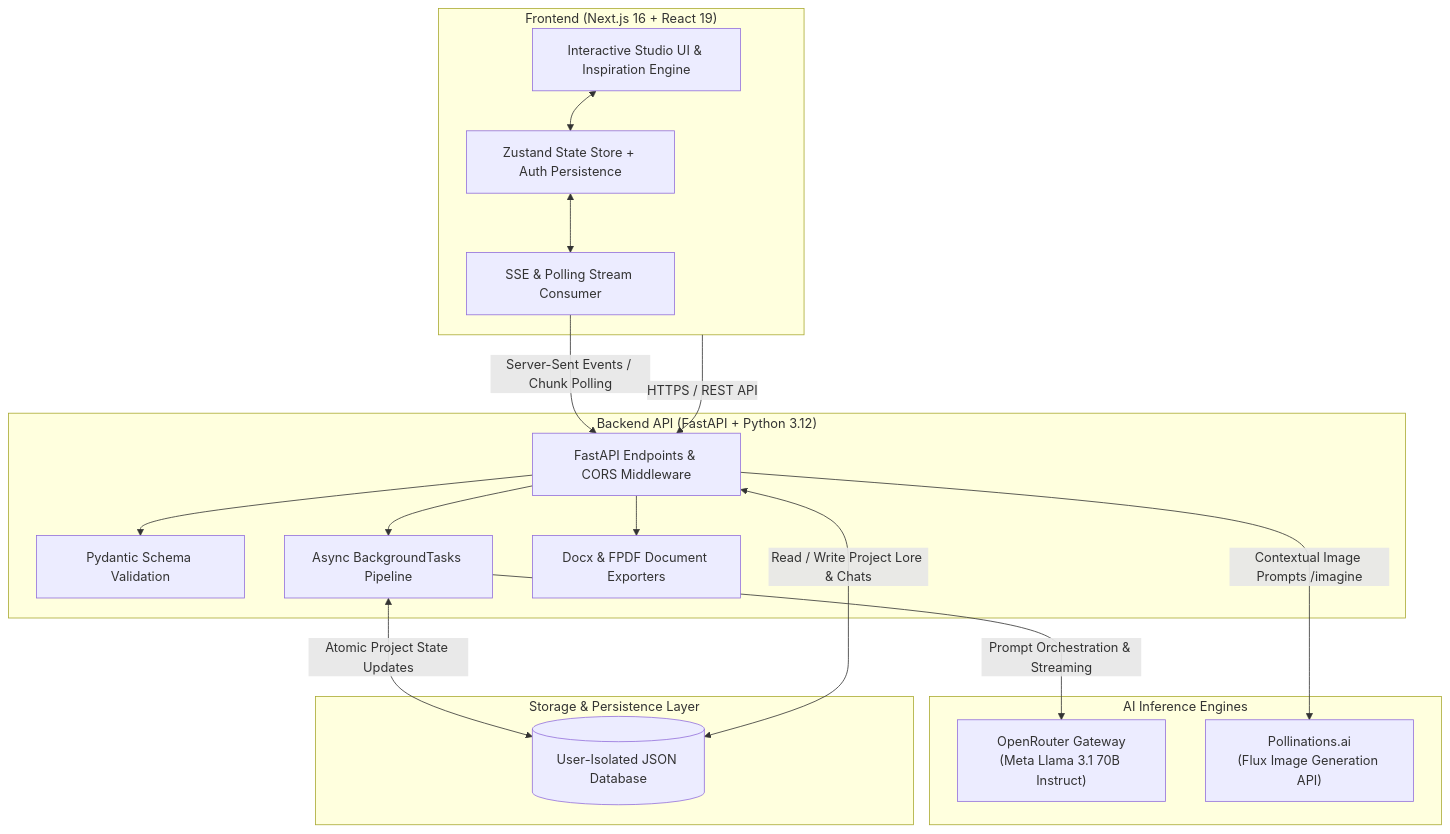
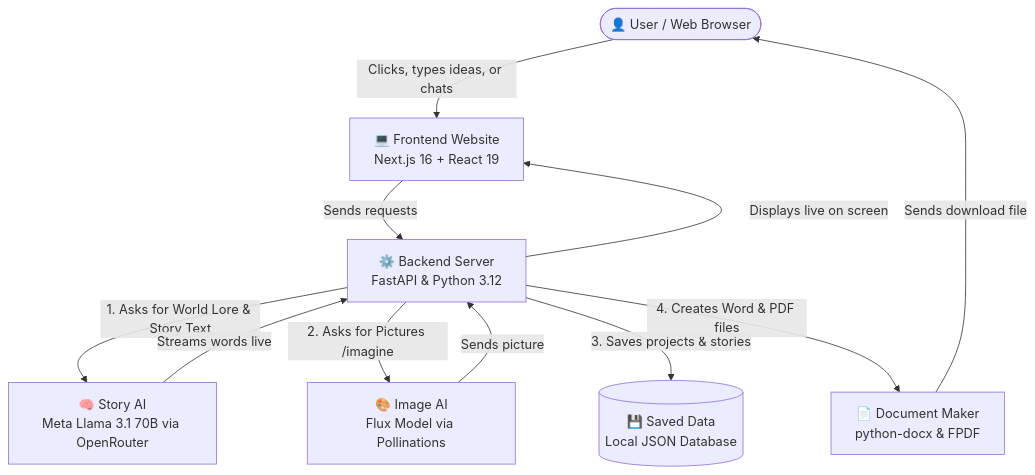
The diagram in README.md (sanjaykrishnabaishya/AI-World-Builder), drawn with Mermaid before and after one commit. The commit also changed other lines of this file, not shown here.

````diff
--- a/README.md
+++ b/README.md
@@ -56,36 +59,16 @@
 ```mermaid
-flowchart TB
-    subgraph Client["Frontend (Next.js 16 + React 19)"]
-        UI[Interactive Studio UI & Inspiration Engine]
-        Store[Zustand State Store + Auth Persistence]
-        StreamHandler[SSE & Polling Stream Consumer]
-        UI <--> Store
-        Store <--> StreamHandler
-    end
-
-    subgraph API_Gateway["Backend API (FastAPI + Python 3.12)"]
-        Router[FastAPI Endpoints & CORS Middleware]
-        PydanticModels[Pydantic Schema Validation]
-        BgWorker[Async BackgroundTasks Pipeline]
-        DocGen[Docx & FPDF Document Exporters]
-        Router --> PydanticModels
-        Router --> BgWorker
-        Router --> DocGen
-    end
-
-    subgraph AI_Services["AI Inference Engines"]
-        OpenRouter["OpenRouter Gateway\n(Meta Llama 3.1 70B Instruct)"]
-        FluxEngine["Pollinations.ai\n(Flux Image Generation API)"]
-    end
-
-    subgraph Storage["Storage & Persistence Layer"]
-        JSONDB[(User-Isolated JSON Database)]
-    end
-
-    Client -->|HTTPS / REST API| Router
-    StreamHandler -->|Server-Sent Events / Chunk Polling| Router
-    BgWorker -->|Prompt Orchestration & Streaming| OpenRouter
-    Router -->|Contextual Image Prompts /imagine| FluxEngine
-    BgWorker <-->|Atomic Project State Updates| JSONDB
-    Router <-->|Read / Write Project Lore & Chats| JSONDB
+flowchart TD
+    User([👤 User / Web Browser]) -->|Clicks, types ideas, or chats| Frontend[💻 Frontend Website\nNext.js 16 + React 19]
+    Frontend -->|Sends requests| Backend[⚙️ Backend Server\nFastAPI & Python 3.12]
+    
+    Backend -->|1. Asks for World Lore & Story Text| LLM[🧠 Story AI\nMeta Llama 3.1 70B via OpenRouter]
+    Backend -->|2. Asks for Pictures /imagine| ImageAI[🎨 Image AI\nFlux Model via Pollinations]
+    
+    Backend -->|3. Saves projects & stories| DB[(💾 Saved Data\nLocal JSON Database)]
+    Backend -->|4. Creates Word & PDF files| Export[📄 Document Maker\npython-docx & FPDF]
+    
+    LLM -->|Streams words live| Backend
+    ImageAI -->|Sends picture| Backend
+    Backend -->|Displays live on screen| Frontend
+    Export -->|Sends download file| User
 ```
````
